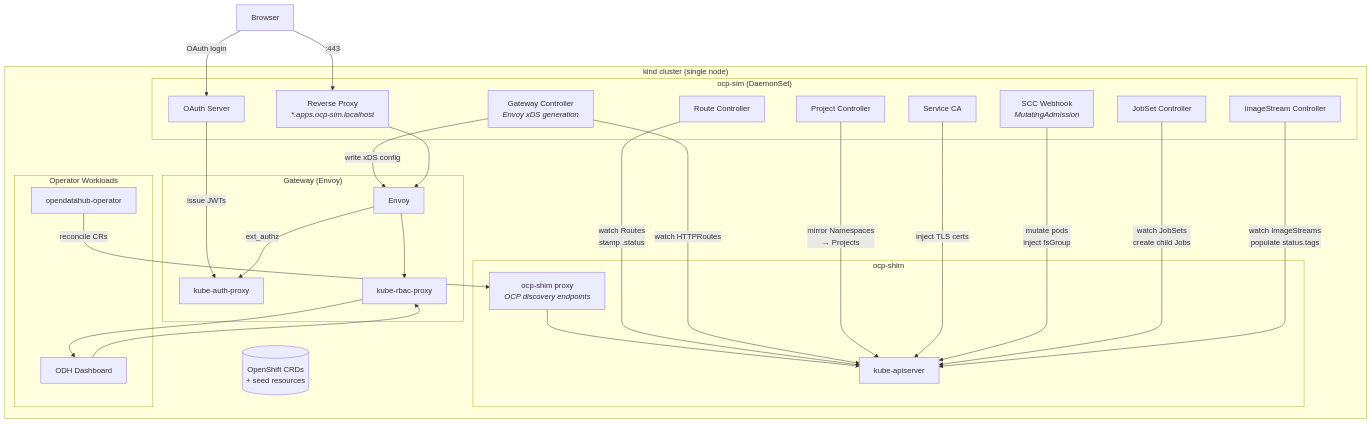
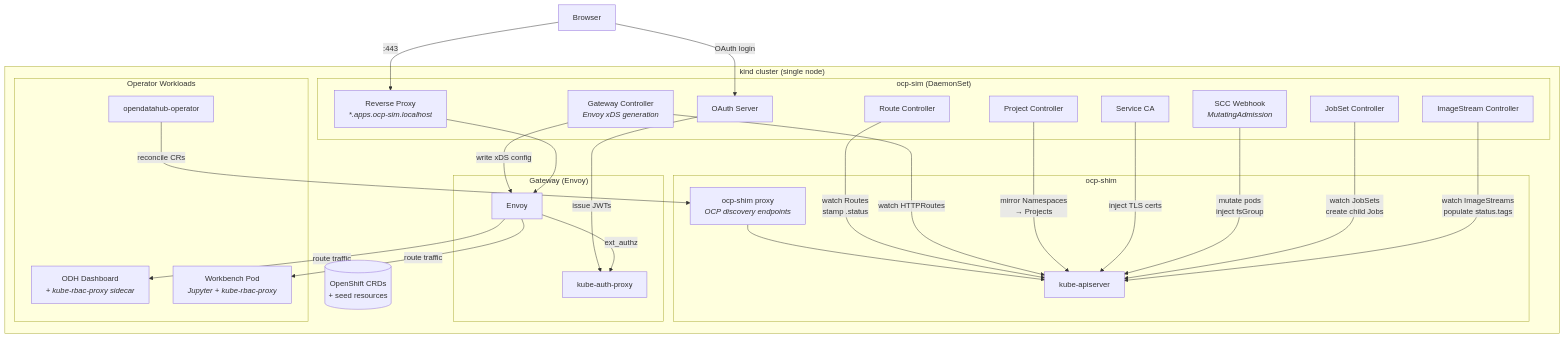
Before and after one commit to jctanner/picoshift: the diagram in README.md, drawn with Mermaid.

Commit message:
Fix README diagram: move kube-rbac-proxy from gateway to workload pods
kube-rbac-proxy is a sidecar injected into dashboard and workbench pods,
not part of the gateway infrastructure.

````diff
--- a/README.md
+++ b/README.md
@@ -9,58 +9,57 @@
 ```mermaid
 graph TB
     browser["Browser"]
 
     subgraph kind ["kind cluster (single node)"]
         subgraph shim ["ocp-shim"]
             apiserver["kube-apiserver"]
             ocpshim["ocp-shim proxy<br/><i>OCP discovery endpoints</i>"]
             ocpshim --> apiserver
         end
 
         subgraph sim ["ocp-sim (DaemonSet)"]
             proxy["Reverse Proxy<br/><i>*.apps.ocp-sim.localhost</i>"]
             routectrl["Route Controller"]
             gwctrl["Gateway Controller<br/><i>Envoy xDS generation</i>"]
             oauthctrl["OAuth Server"]
             projectctrl["Project Controller"]
             serviceca["Service CA"]
             sccwebhook["SCC Webhook<br/><i>MutatingAdmission</i>"]
             jobsetctrl["JobSet Controller"]
             isctrl["ImageStream Controller"]
         end
 
         subgraph gw ["Gateway (Envoy)"]
             envoy["Envoy"]
             kubeauth["kube-auth-proxy"]
-            kuberbac["kube-rbac-proxy"]
         end
 
         subgraph workloads ["Operator Workloads"]
             odhop["opendatahub-operator"]
-            dashboard["ODH Dashboard"]
+            dashboard["ODH Dashboard<br/><i>+ kube-rbac-proxy sidecar</i>"]
+            notebook["Workbench Pod<br/><i>Jupyter + kube-rbac-proxy</i>"]
         end
 
         crds[("OpenShift CRDs<br/>+ seed resources")]
 
         routectrl -->|"watch Routes<br/>stamp .status"| apiserver
         gwctrl -->|"write xDS config"| envoy
         gwctrl -->|"watch HTTPRoutes"| apiserver
         projectctrl -->|"mirror Namespaces<br/>→ Projects"| apiserver
         serviceca -->|"inject TLS certs"| apiserver
         sccwebhook -->|"mutate pods<br/>inject fsGroup"| apiserver
         jobsetctrl -->|"watch JobSets<br/>create child Jobs"| apiserver
         isctrl -->|"watch ImageStreams<br/>populate status.tags"| apiserver
         oauthctrl -->|"issue JWTs"| kubeauth
 
         odhop -->|"reconcile CRs"| ocpshim
-        dashboard --> kuberbac
-        kuberbac --> dashboard
 
         envoy -->|"ext_authz"| kubeauth
-        envoy --> kuberbac
+        envoy -->|"route traffic"| dashboard
+        envoy -->|"route traffic"| notebook
     end
 
     browser -->|":443"| proxy
     proxy --> envoy
     browser -->|"OAuth login"| oauthctrl
 ```
````
